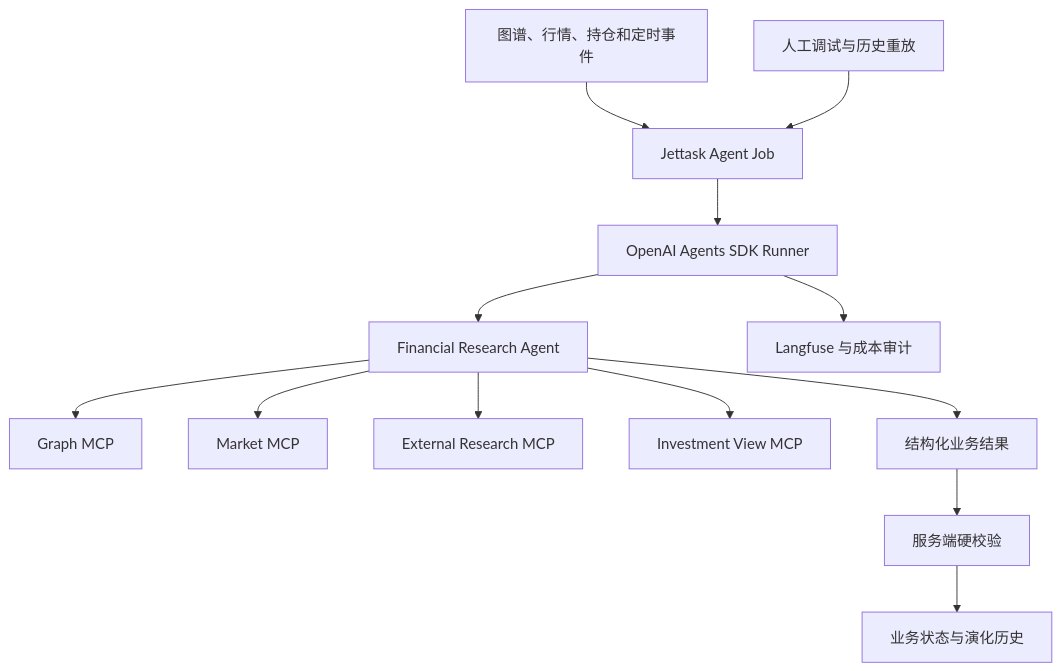
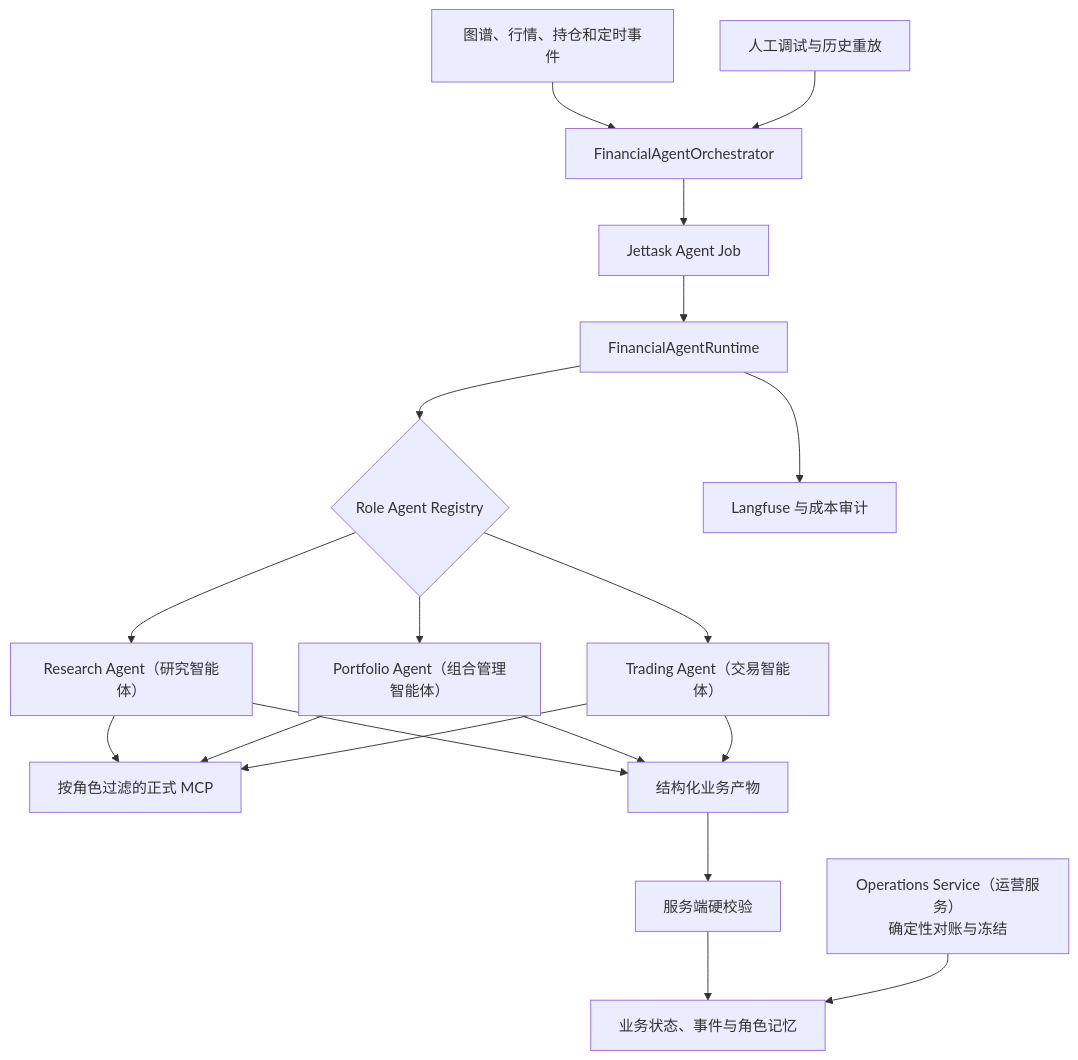
One commit to qiyuebuku/frida-test changed the diagram in smart-fund-server/docs/5. 设计方案/4. Agent工具/1. OpenAI Agents SDK金融Agent运行架构设计方案.md. Above: the diagram before and after it, drawn with Mermaid. The commit also changed other lines of this file and 344 other files, not shown here.

Commit message:
feat: integrate market observatory and agent research workflows

````diff
--- a/smart-fund-server/docs/5. 设计方案/4. Agent工具/1. OpenAI Agents SDK金融Agent运行架构设计方案.md
+++ b/smart-fund-server/docs/5. 设计方案/4. Agent工具/1. OpenAI Agents SDK金融Agent运行架构设计方案.md
@@ -70,19 +74,26 @@
 ```mermaid
 flowchart TD
-    A[图谱、行情、持仓和定时事件] --> B[Jettask Agent Job]
-    C[人工调试与历史重放] --> B
+    A["图谱、行情、持仓和定时事件"] --> Q["FinancialAgentOrchestrator"]
+    C["人工调试与历史重放"] --> Q
+    Q --> B["Jettask Agent Job"]
 
-    B --> D[OpenAI Agents SDK Runner]
-    D --> E[Financial Research Agent]
+    B --> D["FinancialAgentRuntime"]
+    D --> E{"Role Agent Registry"}
 
-    E --> F[Graph MCP]
-    E --> G[Market MCP]
-    E --> H[External Research MCP]
-    E --> I[Investment View MCP]
+    E --> R["Research Agent（研究智能体）"]
+    E --> P["Portfolio Agent（组合管理智能体）"]
+    E --> T["Trading Agent（交易智能体）"]
 
-    E --> J[结构化业务结果]
-    J --> K[服务端硬校验]
-    K --> L[业务状态与演化历史]
+    R --> F["按角色过滤的正式 MCP"]
+    P --> F
+    T --> F
 
-    D --> M[Langfuse 与成本审计]
+    R --> J["结构化业务产物"]
+    P --> J
+    T --> J
+    J --> K["服务端硬校验"]
+    K --> L["业务状态、事件与角色记忆"]
+    S["Operations Service（运营服务）\n确定性对账与冻结"] --> L
+
+    D --> M["Langfuse 与成本审计"]
 ```
````
